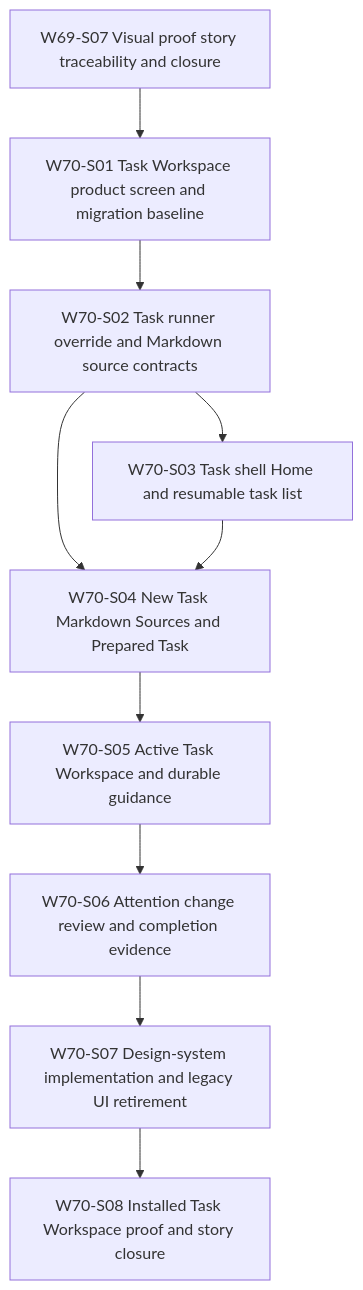
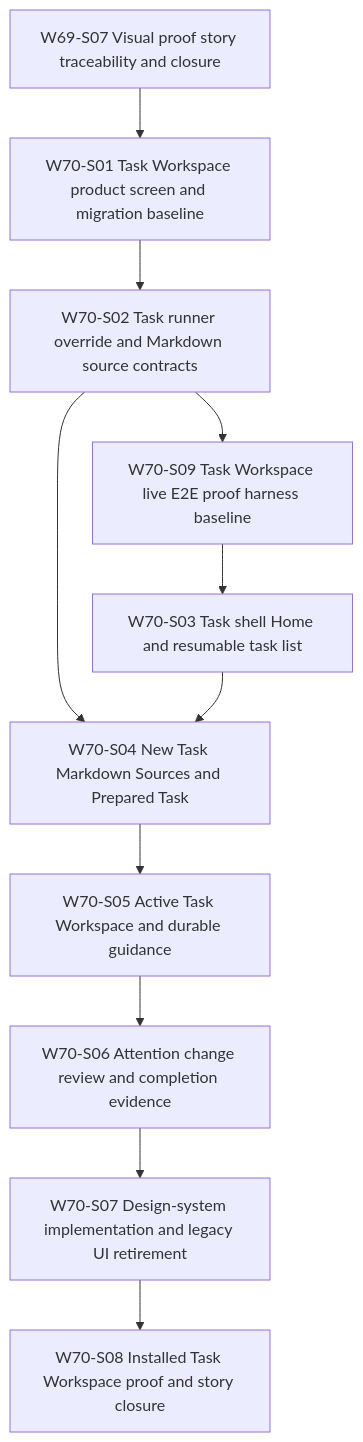
Before and after one commit to GrinRus/ai_native_sdlc_orchestrator: the sixth of 6 diagrams in docs/backlog/slice-dependency-graph.md, drawn with Mermaid. The commit also changed other lines of this file and 4 other files, not shown here.

Commit message:
Add Task Workspace live E2E backlog slice

````diff
--- a/docs/backlog/slice-dependency-graph.md
+++ b/docs/backlog/slice-dependency-graph.md
@@ -2016,12 +2019,13 @@
 ```mermaid
 graph TD
   W69S07[W69-S07 Visual proof story traceability and closure] --> W70S01[W70-S01 Task Workspace product screen and migration baseline]
   W70S01 --> W70S02[W70-S02 Task runner override and Markdown source contracts]
-  W70S02 --> W70S03[W70-S03 Task shell Home and resumable task list]
+  W70S02 --> W70S09[W70-S09 Task Workspace live E2E proof harness baseline]
+  W70S09 --> W70S03[W70-S03 Task shell Home and resumable task list]
   W70S02 --> W70S04[W70-S04 New Task Markdown Sources and Prepared Task]
   W70S03 --> W70S04
   W70S04 --> W70S05[W70-S05 Active Task Workspace and durable guidance]
   W70S05 --> W70S06[W70-S06 Attention change review and completion evidence]
   W70S06 --> W70S07[W70-S07 Design-system implementation and legacy UI retirement]
   W70S07 --> W70S08[W70-S08 Installed Task Workspace proof and story closure]
 ```
````
